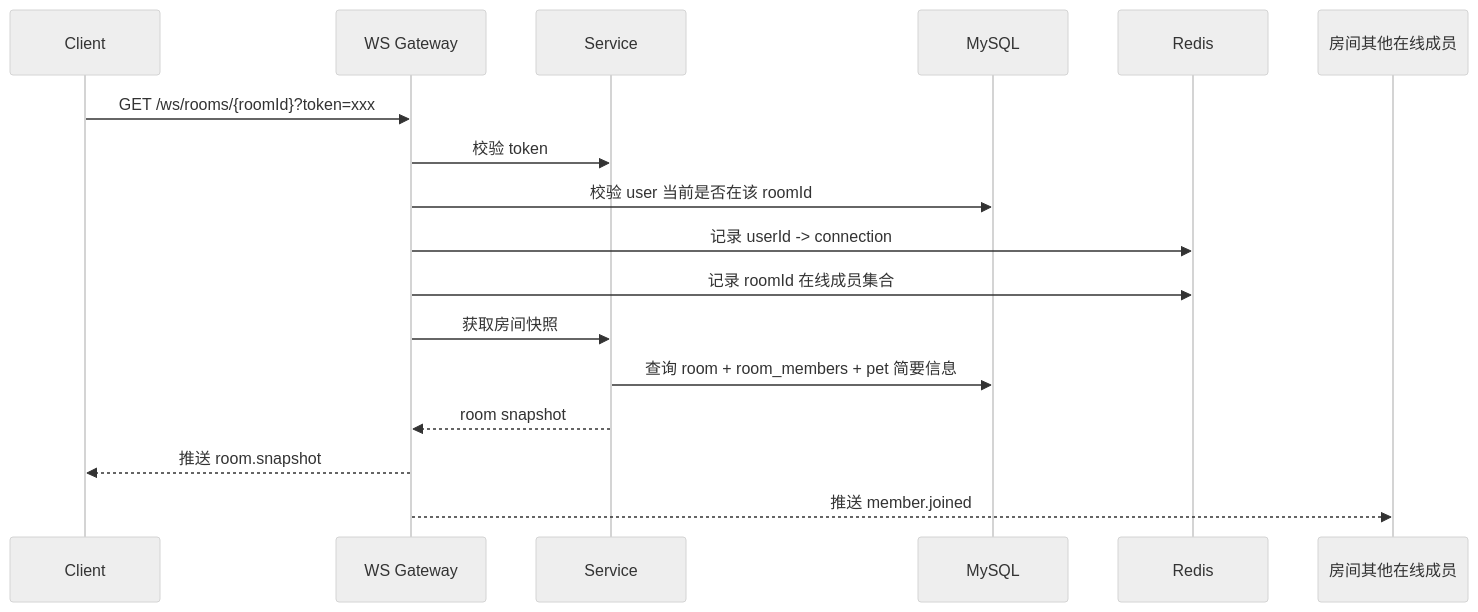
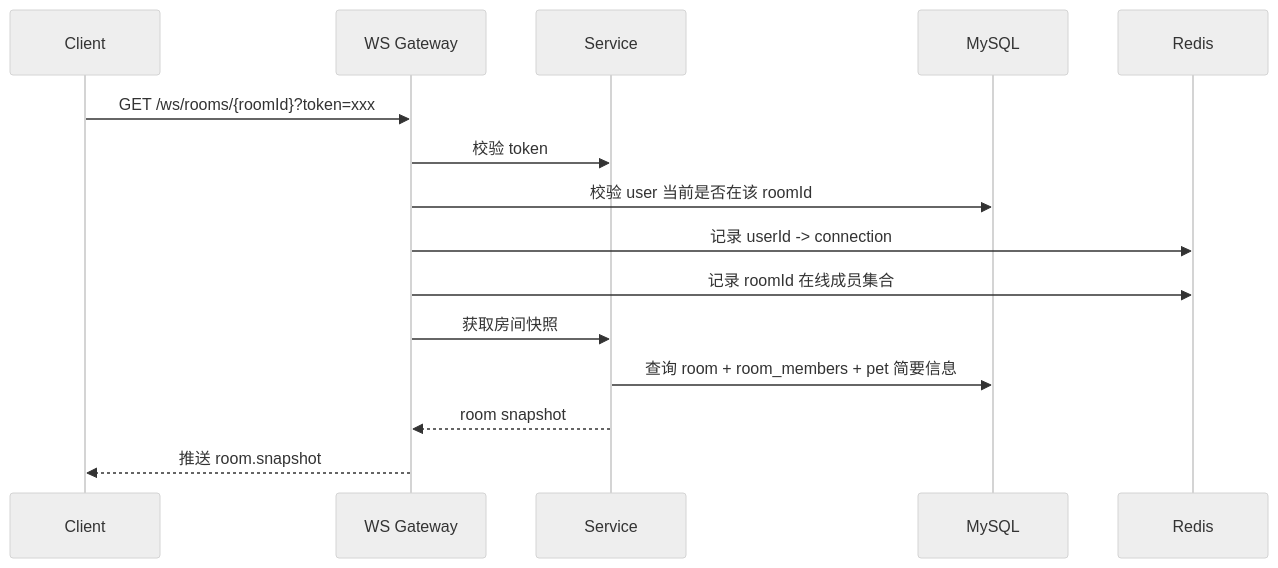
One commit to huing7373/catc changed diagram 11 of 12 in docs/宠物互动App_时序图与核心业务流程设计.md. Above: the diagram before and after it, drawn with Mermaid (neutral theme). The commit also changed other lines of this file and 3 other files, not shown here.

First line of the commit message:
fix(review): 握手 first-snapshot 契约的"启动时序原子性" + placeholder 真实最小值 + 跨文档时序图同步 (r7)

````diff
--- a/docs/宠物互动App_时序图与核心业务流程设计.md
+++ b/docs/宠物互动App_时序图与核心业务流程设计.md
@@ -520,19 +520,18 @@
 ```mermaid
 sequenceDiagram
     participant Client
     participant WSGateway as WS Gateway
     participant Service
     participant MySQL
     participant Redis
 
     Client->>WSGateway: GET /ws/rooms/{roomId}?token=xxx
     WSGateway->>Service: 校验 token
     WSGateway->>MySQL: 校验 user 当前是否在该 roomId
     WSGateway->>Redis: 记录 userId -> connection
     WSGateway->>Redis: 记录 roomId 在线成员集合
     WSGateway->>Service: 获取房间快照
     Service->>MySQL: 查询 room + room_members + pet 简要信息
     Service-->>WSGateway: room snapshot
     WSGateway-->>Client: 推送 room.snapshot
-    WSGateway-->>房间其他在线成员: 推送 member.joined
 ```
````
